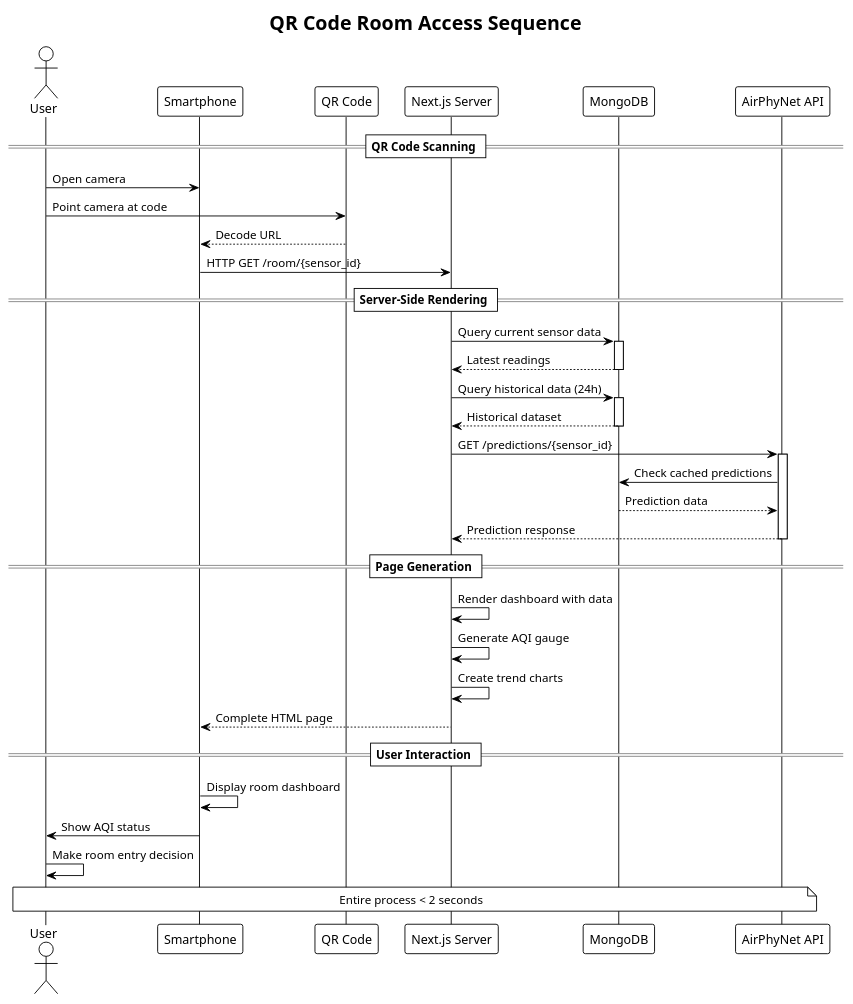
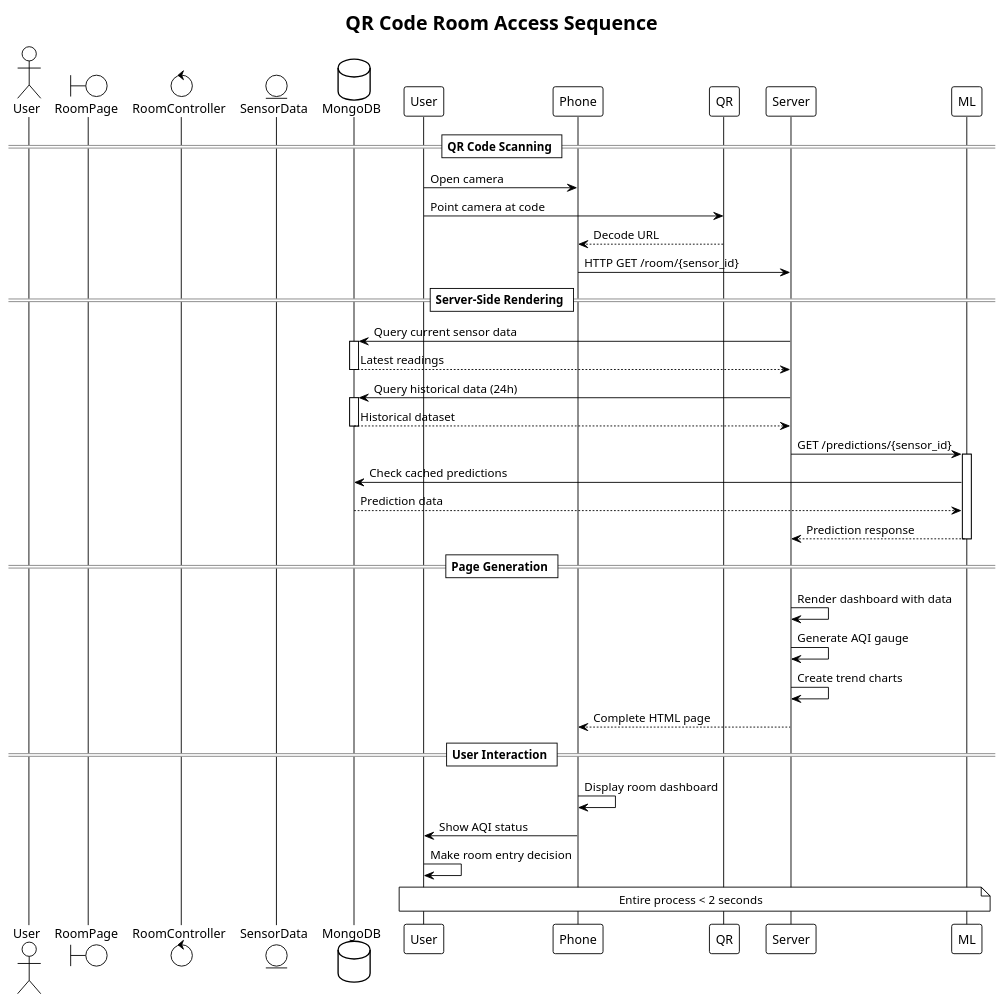
One commit to pratama404/breev changed the diagram in docs/Architecture_Diagrams/sequence-qr-access.puml. Above: the diagram before and after it, drawn with PlantUML. The commit also changed 11 other files, not shown here.

Commit message:
feat: Add initial backend services for data ingestion, ML model, monitoring, and comprehensive architectural documentation.

```diff
--- a/docs/Architecture_Diagrams/sequence-qr-access.puml
+++ b/docs/Architecture_Diagrams/sequence-qr-access.puml
@@ -1,54 +1,53 @@
 @startuml Sequence - QR Code Access
 !theme plain
 
 title QR Code Room Access Sequence
 
-actor "User" as User
-participant "Smartphone" as Phone
-participant "QR Code" as QR
-participant "Next.js Server" as Server
-participant "MongoDB" as DB
-participant "AirPhyNet API" as ML
+actor "User" as Act
+boundary "RoomPage" as UI
+control "RoomController" as Ctrl
+entity "SensorData" as Ent
+database "MongoDB" as DB
 
 == QR Code Scanning ==
 
 User -> Phone: Open camera
 User -> QR: Point camera at code
 QR --> Phone: Decode URL
 Phone -> Server: HTTP GET /room/{sensor_id}
 
 == Server-Side Rendering ==
 
 Server -> DB: Query current sensor data
 activate DB
 DB --> Server: Latest readings
 deactivate DB
 
 Server -> DB: Query historical data (24h)
 activate DB
 DB --> Server: Historical dataset
 deactivate DB
 
 Server -> ML: GET /predictions/{sensor_id}
 activate ML
 ML -> DB: Check cached predictions
 DB --> ML: Prediction data
 ML --> Server: Prediction response
 deactivate ML
 
 == Page Generation ==
 
 Server -> Server: Render dashboard with data
 Server -> Server: Generate AQI gauge
 Server -> Server: Create trend charts
 Server --> Phone: Complete HTML page
 
 == User Interaction ==
 
 Phone -> Phone: Display room dashboard
 Phone -> User: Show AQI status
 User -> User: Make room entry decision
 
 note over User, ML: Entire process < 2 seconds
 
 @enduml
```
